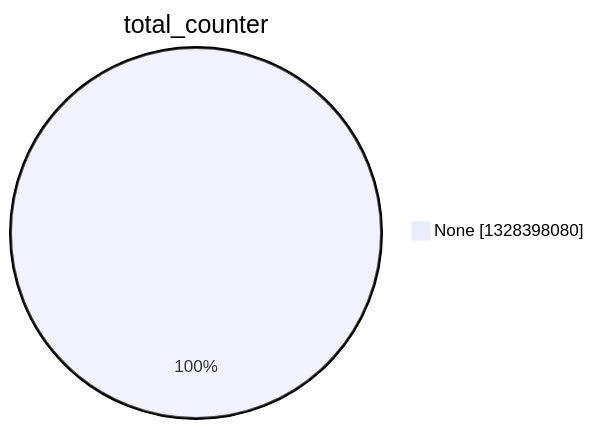
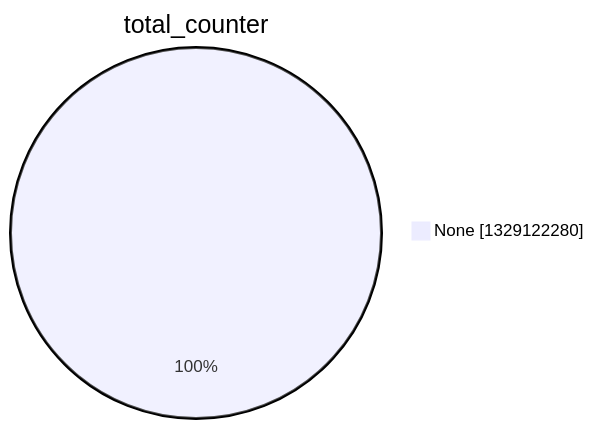
Before and after one commit to christiankrug/ctmonitor_visualization: the second of 15 diagrams in argon2022/README.md, drawn with Mermaid. The commit also changed other lines of this file, not shown here.

````diff
--- a/argon2022/README.md
+++ b/argon2022/README.md
@@ -9,5 +9,5 @@
 ```mermaid
 pie showData
 title total_counter
-"None" :1328398080
+"None" :1329122280
 ```
````
